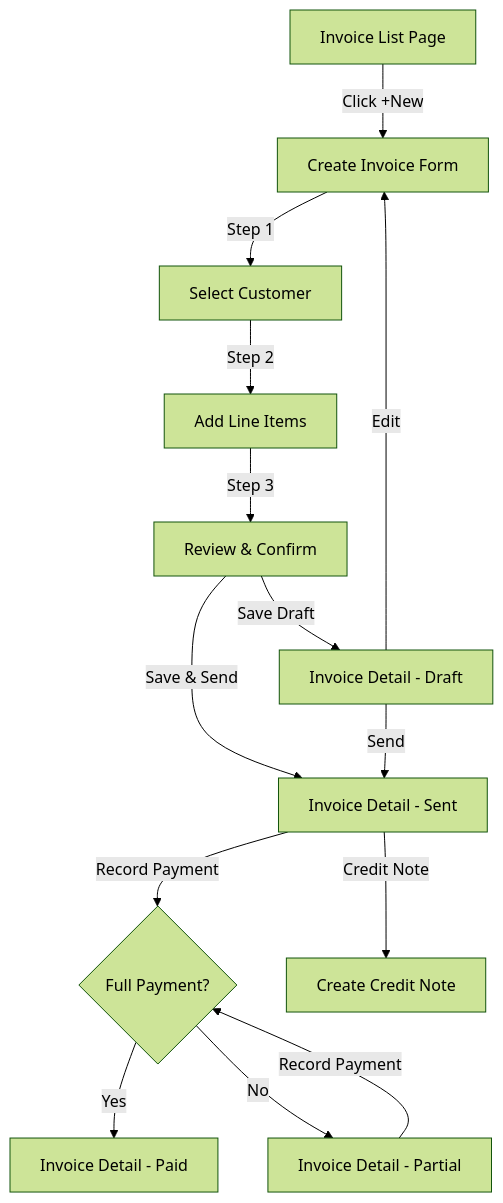
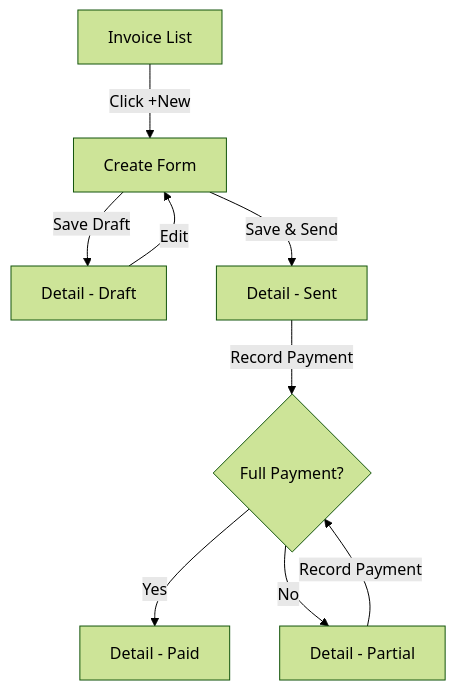
Before and after one commit to bipinks/ghost-office: the first of 2 diagrams in .claude/skills/wireframing-prototyping/SKILL.md, drawn with Mermaid (forest theme). The commit also changed other lines of this file and 50 other files, not shown here.

````diff
--- a/.claude/skills/wireframing-prototyping/SKILL.md
+++ b/.claude/skills/wireframing-prototyping/SKILL.md
@@ -305,16 +85,11 @@
 ```mermaid
 flowchart TD
-    A[Invoice List Page] -->|Click +New| B[Create Invoice Form]
-    B -->|Step 1| C[Select Customer]
-    C -->|Step 2| D[Add Line Items]
-    D -->|Step 3| E[Review & Confirm]
-    E -->|Save Draft| F[Invoice Detail - Draft]
-    E -->|Save & Send| G[Invoice Detail - Sent]
+    A[Invoice List] -->|Click +New| B[Create Form]
+    B -->|Save Draft| F[Detail - Draft]
+    B -->|Save & Send| G[Detail - Sent]
     F -->|Edit| B
-    F -->|Send| G
     G -->|Record Payment| H{Full Payment?}
-    H -->|Yes| I[Invoice Detail - Paid]
-    H -->|No| J[Invoice Detail - Partial]
+    H -->|Yes| I[Detail - Paid]
+    H -->|No| J[Detail - Partial]
     J -->|Record Payment| H
-    G -->|Credit Note| K[Create Credit Note]
 ```
````
